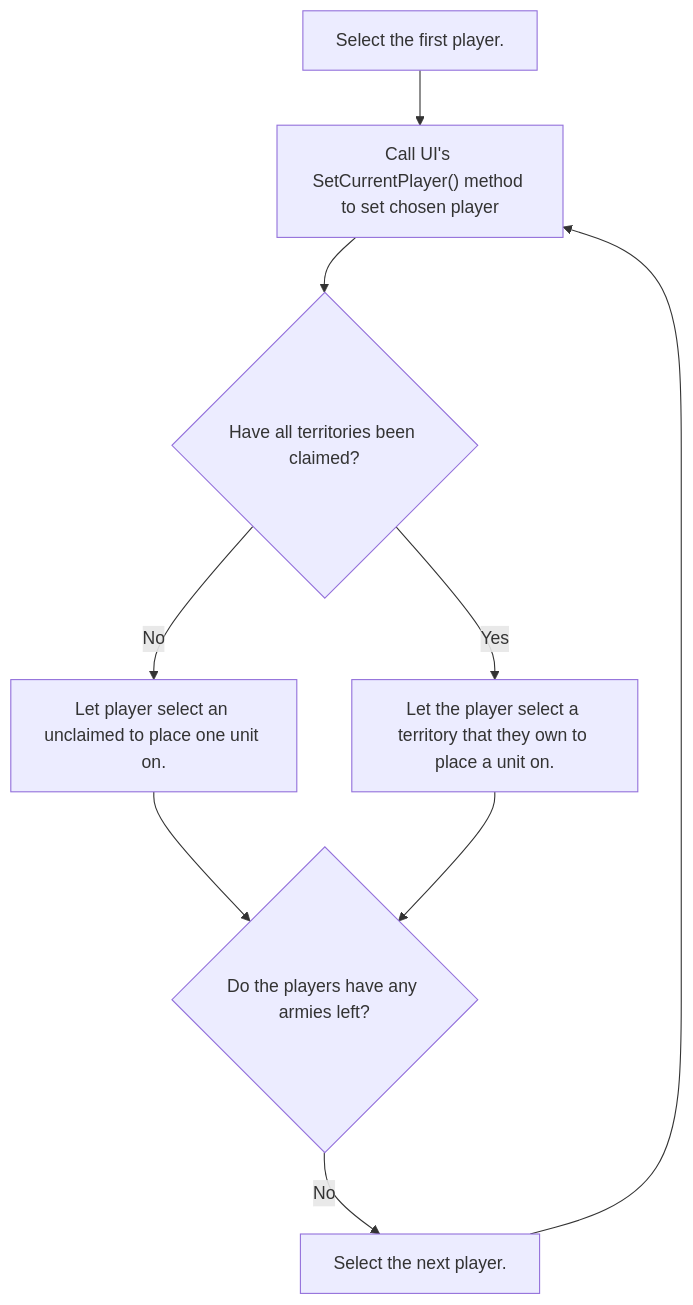
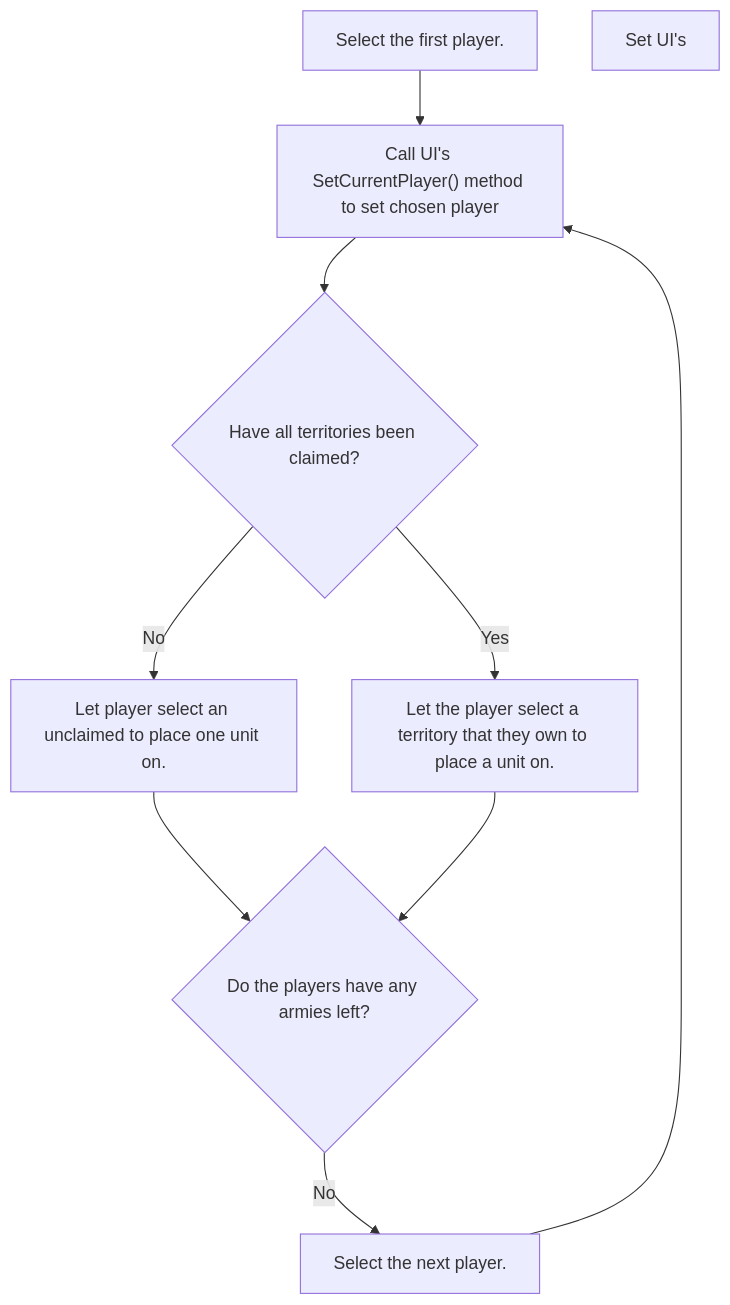
One commit to LukeS03/Y2_S2_SoftwareEngineeringProject changed the third of 3 diagrams in design/Sprint_02_Design.md. Above: the diagram before and after it, drawn with Mermaid. The commit also changed other lines of this file and 4 other files, not shown here.

````diff
--- a/design/Sprint_02_Design.md
+++ b/design/Sprint_02_Design.md
@@ -77,21 +112,22 @@
 ```mermaid
 flowchart TB
     A["Select the first player."]
     Aalt["Select the next player."]
+    A1["Set UI's "]
     B["Call UI's SetCurrentPlayer() method to set chosen player"]
     Opt1{"Have all territories been claimed?"}
 
     DLeft["Let player select an unclaimed to place one unit on."]
     DRight["Let the player select a territory that they own to place a unit on."]
 
     END{"Do the players have any armies left?"}
 
     END -->|"No"|Aalt
     A --> B
     Aalt --> B
     B --> Opt1
     Opt1 -->|"No"|DLeft
     Opt1 -->|"Yes"|DRight
     DLeft --> END
     DRight --> END
 ```
````
